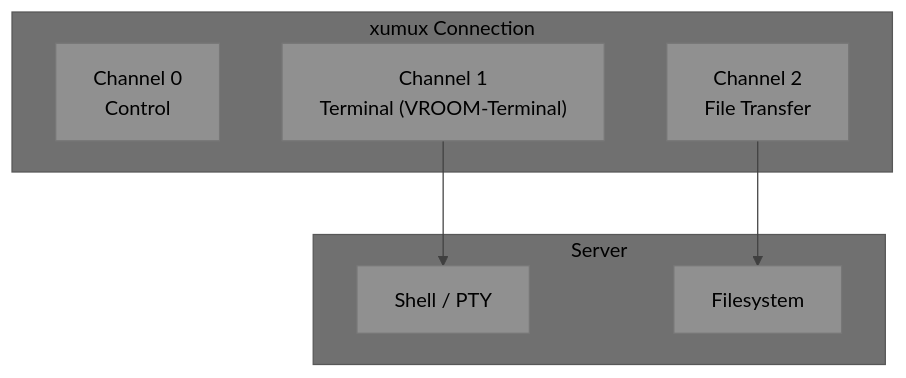
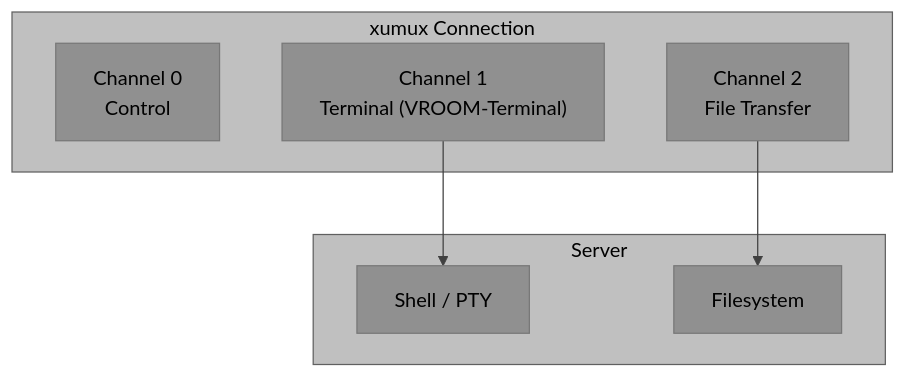
One commit to deftai/xumux changed the first of 4 diagrams in docs/ext-file-transfer.md. Above: the diagram before and after it, drawn with Mermaid. The commit also changed 3 other files, not shown here.

Commit message:
fix: restore truncated diagram labels and add clusterBkg to graph diagrams

````diff
--- a/docs/ext-file-transfer.md
+++ b/docs/ext-file-transfer.md
@@ -22,17 +22,17 @@
 ```mermaid
-%%{init: {'theme': 'base', 'themeVariables': {'primaryTextColor': '#000000', 'secondaryTextColor': '#000000', 'tertiaryTextColor': '#000000', 'noteTextColor': '#000000', 'primaryColor': '#909090', 'secondaryColor': '#808080', 'tertiaryColor': '#707070', 'lineColor': '#404040'}}}%%
+%%{init: {'theme': 'base', 'themeVariables': {'primaryTextColor': '#000000', 'secondaryTextColor': '#000000', 'tertiaryTextColor': '#000000', 'noteTextColor': '#000000', 'primaryColor': '#909090', 'secondaryColor': '#808080', 'tertiaryColor': '#707070', 'lineColor': '#404040', 'clusterBkg': '#c0c0c0', 'clusterBorder': '#606060'}}}%%
 graph TB
     subgraph "xumux Connection"
         CH0["Channel 0<br/>Control"]
         CH1["Channel 1<br/>Terminal (VROOM-Terminal)"]
         CH2["Channel 2<br/>File Transfer"]
     end
 
     subgraph "Server"
         SHELL["Shell / PTY"]
         FS["Filesystem"]
     end
 
     CH1 --> SHELL
     CH2 --> FS
 ```
````
